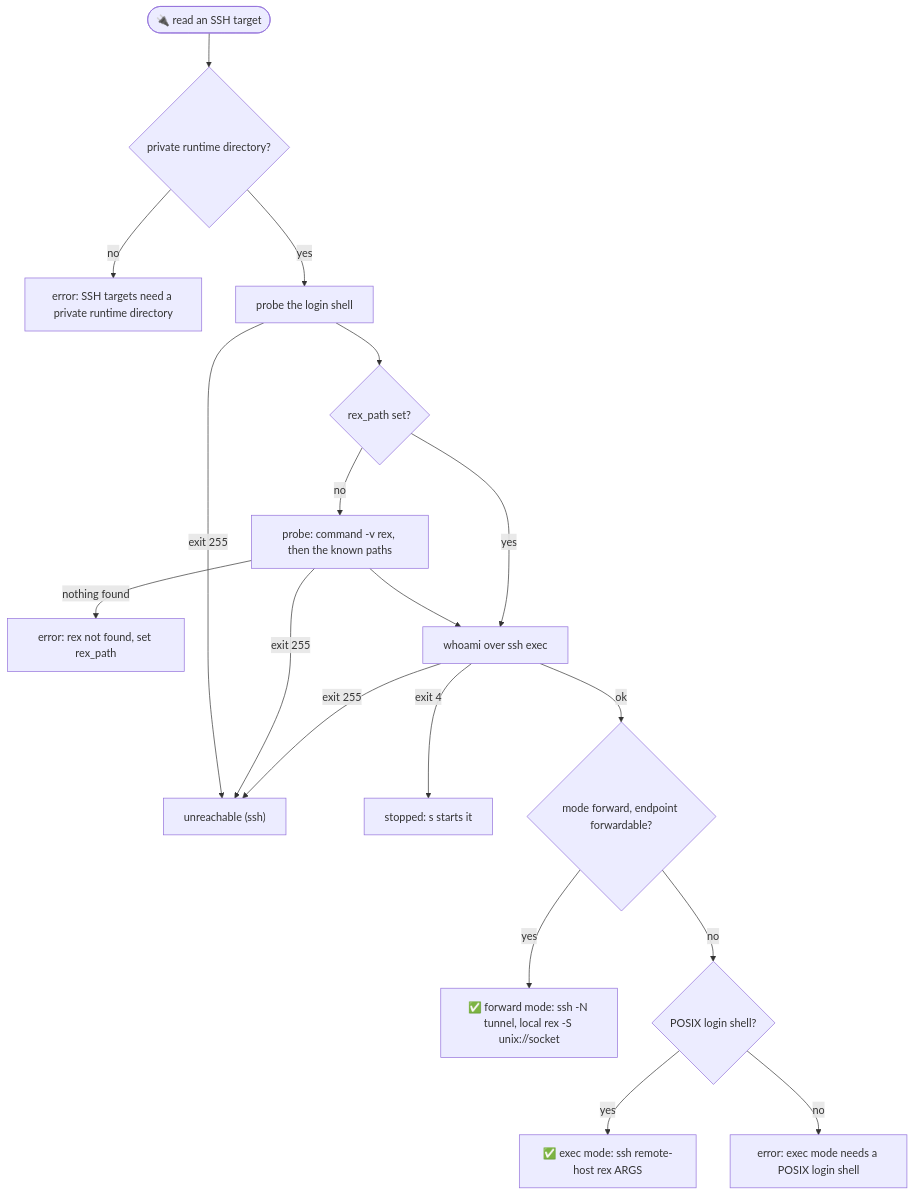
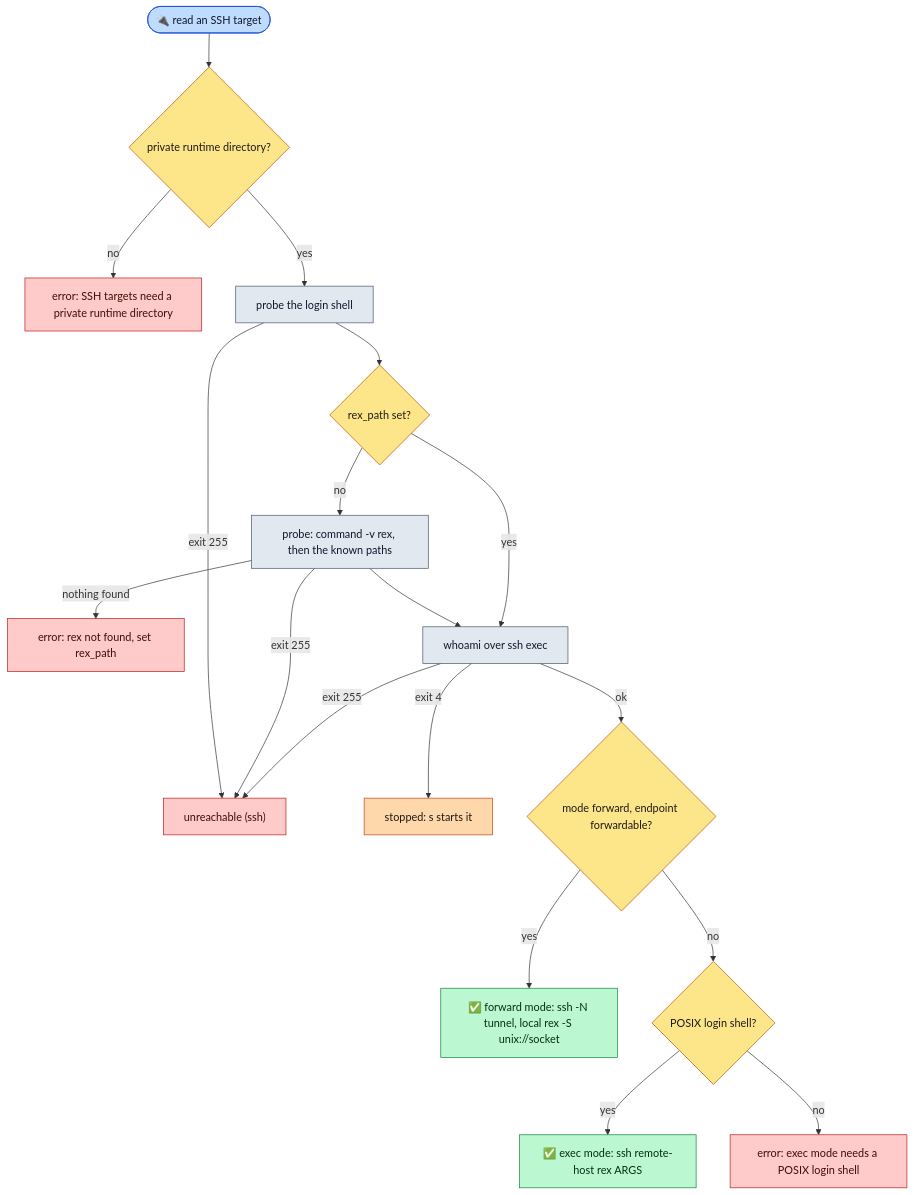
Before and after one commit to rbobillot/lazyrex: the first of 2 diagrams in docs/ssh.md, drawn with Mermaid. The commit also changed other lines of this file and 11 other files, not shown here.

Commit message:
docs: color the mermaid diagrams

````diff
--- a/docs/ssh.md
+++ b/docs/ssh.md
@@ -24,20 +24,33 @@
 ```mermaid
 flowchart TB
     start(["🔌 read an SSH target"]) --> dir{"private runtime directory?"}
     dir -->|"no"| noDir["error: SSH targets need a private runtime directory"]
     dir -->|"yes"| shell["probe the login shell"]
     shell -->|"exit 255"| sshDown["unreachable (ssh)"]
     shell --> haveRex{"rex_path set?"}
     haveRex -->|"no"| findRex["probe: command -v rex, then the known paths"]
     findRex -->|"exit 255"| sshDown
     findRex -->|"nothing found"| noRex["error: rex not found, set rex_path"]
     findRex --> who
     haveRex -->|"yes"| who["whoami over ssh exec"]
     who -->|"exit 4"| stopped["stopped: s starts it"]
     who -->|"exit 255"| sshDown
     who -->|"ok"| fwdOK{"mode forward, endpoint forwardable?"}
     fwdOK -->|"yes"| fwd["✅ forward mode: ssh -N tunnel, local rex -S unix://socket"]
     fwdOK -->|"no"| posix{"POSIX login shell?"}
     posix -->|"yes"| exec["✅ exec mode: ssh remote-host rex ARGS"]
     posix -->|"no"| noExec["error: exec mode needs a POSIX login shell"]
+    classDef entry fill:#bfdbfe,stroke:#1d4ed8,color:#0f172a
+    classDef step fill:#e2e8f0,stroke:#475569,color:#0f172a
+    classDef decision fill:#fde68a,stroke:#b45309,color:#1c1917
+    classDef caution fill:#fed7aa,stroke:#c2410c,color:#1c1917
+    classDef success fill:#bbf7d0,stroke:#15803d,color:#052e16
+    classDef failure fill:#fecaca,stroke:#b91c1c,color:#450a0a
+    classDef rexside fill:#99f6e4,stroke:#0f766e,color:#042f2e
+    class start entry
+    class dir,haveRex,fwdOK,posix decision
+    class shell,findRex,who step
+    class stopped caution
+    class fwd,exec success
+    class noDir,sshDown,noRex,noExec failure
 ```
````
